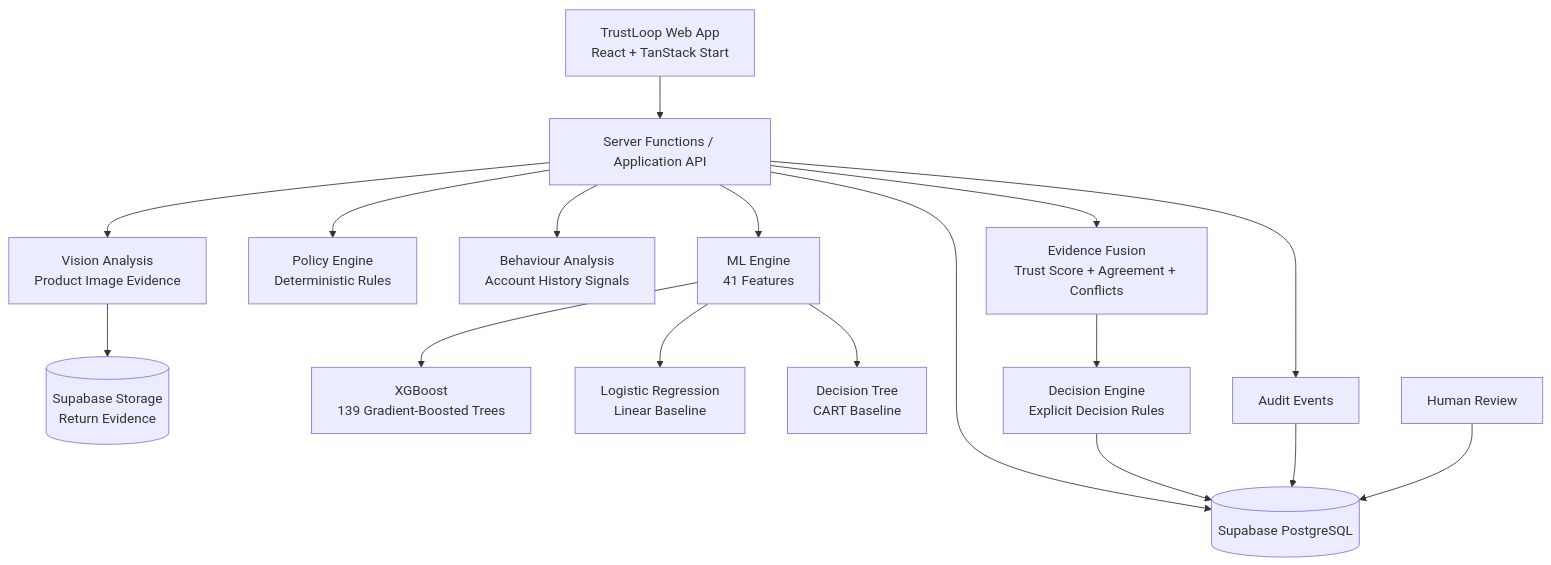
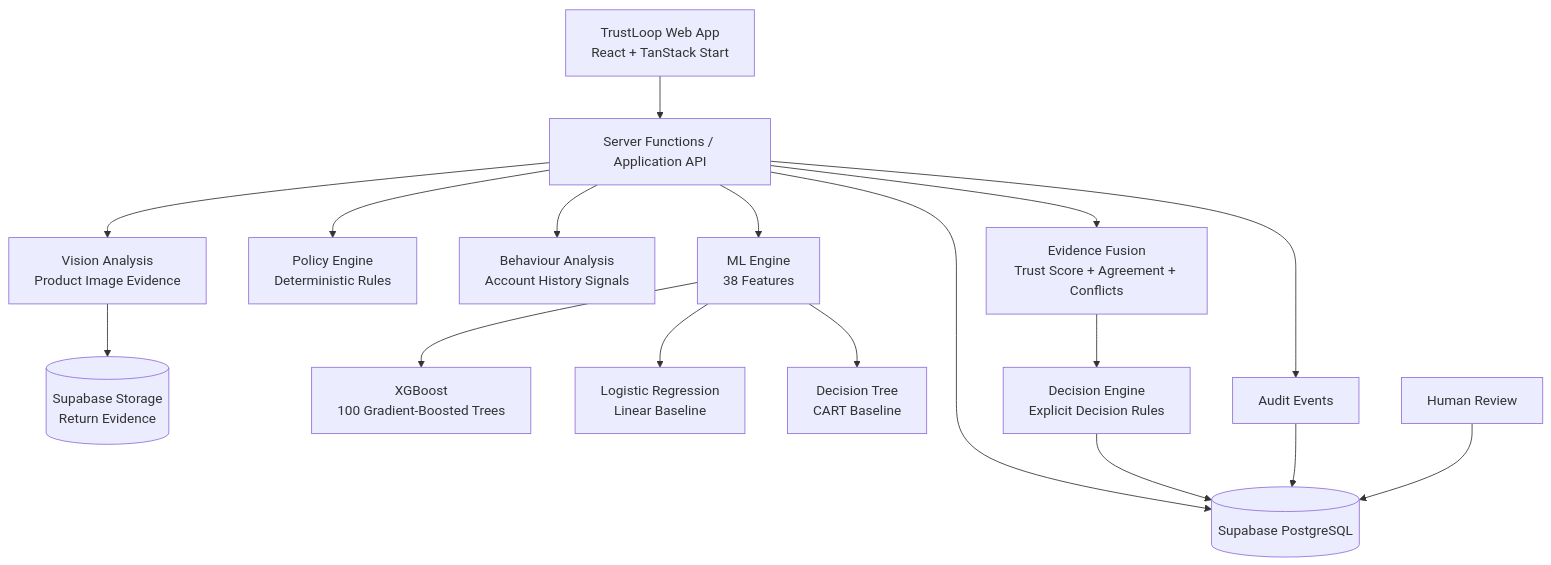
One commit to Devraj-sh/Trust-Loop changed the first of 7 diagrams in README.md. Above: the diagram before and after it, drawn with Mermaid. The commit also changed other lines of this file and 52 other files, not shown here.

````diff
--- a/README.md
+++ b/README.md
@@ -25,38 +25,38 @@
 ```mermaid
 flowchart TB
     UI[TrustLoop Web App\nReact + TanStack Start]
     API[Server Functions / Application API]
     DB[(Supabase PostgreSQL)]
     STORAGE[(Supabase Storage\nReturn Evidence)]
 
-    ML[ML Engine\n41 Features]
-    XGB[XGBoost\n139 Gradient-Boosted Trees]
+    ML[ML Engine\n38 Features]
+    XGB[XGBoost\n100 Gradient-Boosted Trees]
     LR[Logistic Regression\nLinear Baseline]
     DT[Decision Tree\nCART Baseline]
 
     POLICY[Policy Engine\nDeterministic Rules]
     BEHAV[Behaviour Analysis\nAccount History Signals]
     VISION[Vision Analysis\nProduct Image Evidence]
     FUSION[Evidence Fusion\nTrust Score + Agreement + Conflicts]
     DECIDE[Decision Engine\nExplicit Decision Rules]
     REVIEW[Human Review]
     AUDIT[Audit Events]
 
     UI --> API
     API --> DB
     API --> ML
     API --> POLICY
     API --> BEHAV
     API --> VISION
     API --> FUSION
     FUSION --> DECIDE
     DECIDE --> DB
     API --> AUDIT
     AUDIT --> DB
     VISION --> STORAGE
     REVIEW --> DB
 
     ML --> XGB
     ML --> LR
     ML --> DT
 ```
````
